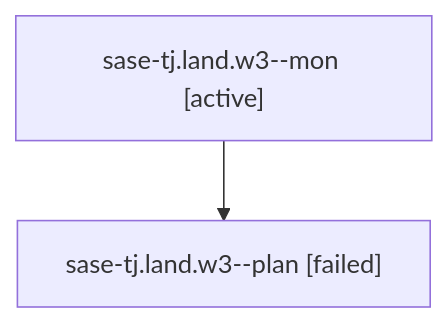
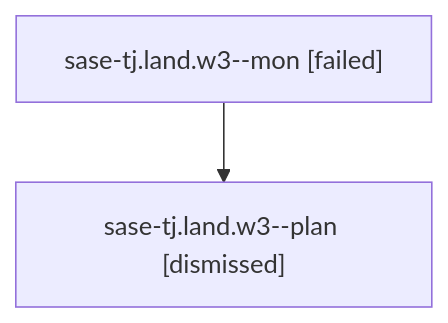
Before and after one commit to sase-org/sase--agents: the diagram in families/bbugyi200.athena.sase-tj.land.w3.md, drawn with Mermaid. The commit also changed other lines of this file and 197 other files, not shown here.

````diff
--- a/families/bbugyi200.athena.sase-tj.land.w3.md
+++ b/families/bbugyi200.athena.sase-tj.land.w3.md
@@ -9,6 +9,6 @@
 ```mermaid
 flowchart TD
-  n0["sase-tj.land.w3--mon [active]"]
-  n1["sase-tj.land.w3--plan [failed]"]
+  n0["sase-tj.land.w3--mon [failed]"]
+  n1["sase-tj.land.w3--plan [dismissed]"]
   n0 --> n1
 ```
````
